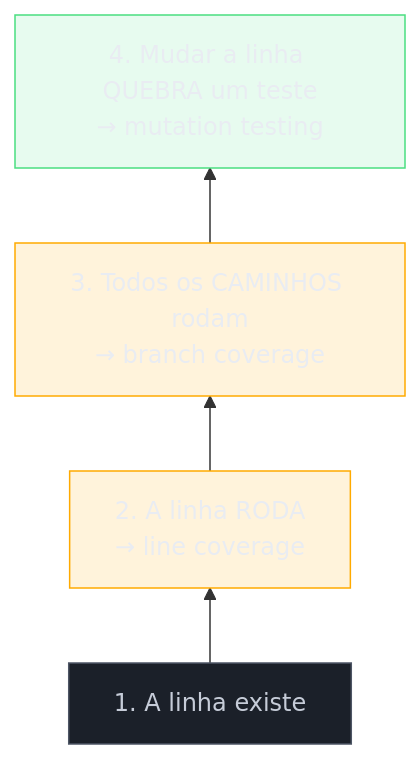
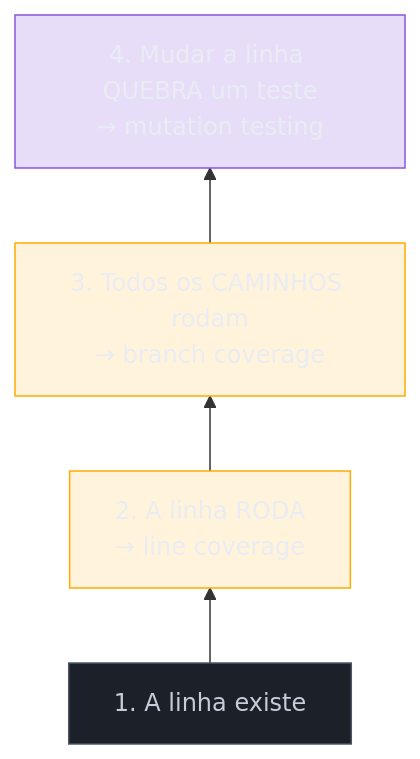
The sixth of 6 diagrams in 03-Dominios/Engenharia/Testes/12 - Coverage e mutation testing.md (josenaldo/codex-technomanticus), drawn with Mermaid before and after one commit. The commit also changed other lines of this file and 601 other files, not shown here.

````diff
--- a/03-Dominios/Engenharia/Testes/12 - Coverage e mutation testing.md
+++ b/03-Dominios/Engenharia/Testes/12 - Coverage e mutation testing.md
@@ -417,14 +417,14 @@
 ```mermaid
 flowchart BT
+    classDef marca fill:#8855DF33,stroke:#8855DF,color:#E9ECF2
     classDef neutro fill:#1B2029,stroke:#4E5666,color:#C6CCD8
     classDef destaque fill:#FFAA0024,stroke:#FFAA00,color:#E9ECF2
-    classDef ok fill:#4ADE8021,stroke:#4ADE80,color:#E9ECF2
     L1["1. A linha existe"] --> L2["2. A linha RODA<br/>→ line coverage"]
     L2 --> L3["3. Todos os CAMINHOS rodam<br/>→ branch coverage"]
     L3 --> L4["4. Mudar a linha QUEBRA um teste<br/>→ mutation testing"]
 
     class L1 neutro
     class L2 destaque
     class L3 destaque
-    class L4 ok
+    class L4 marca
 ```
````
